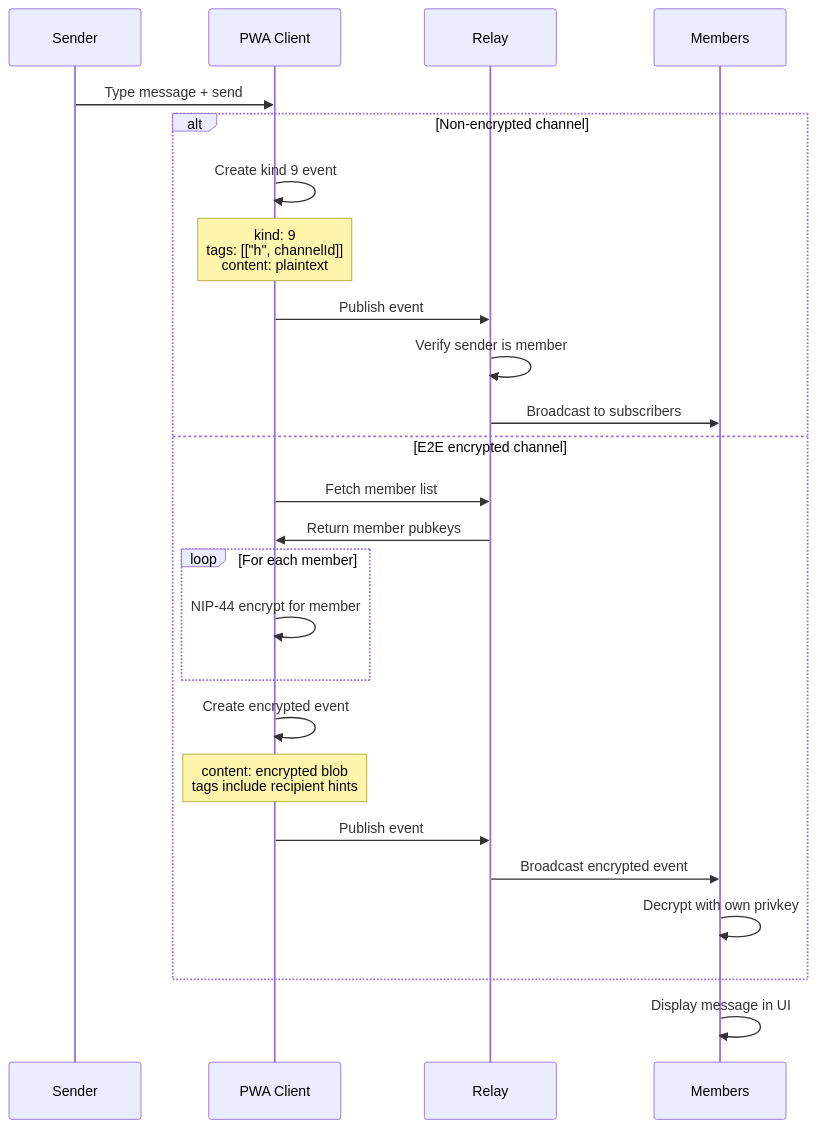
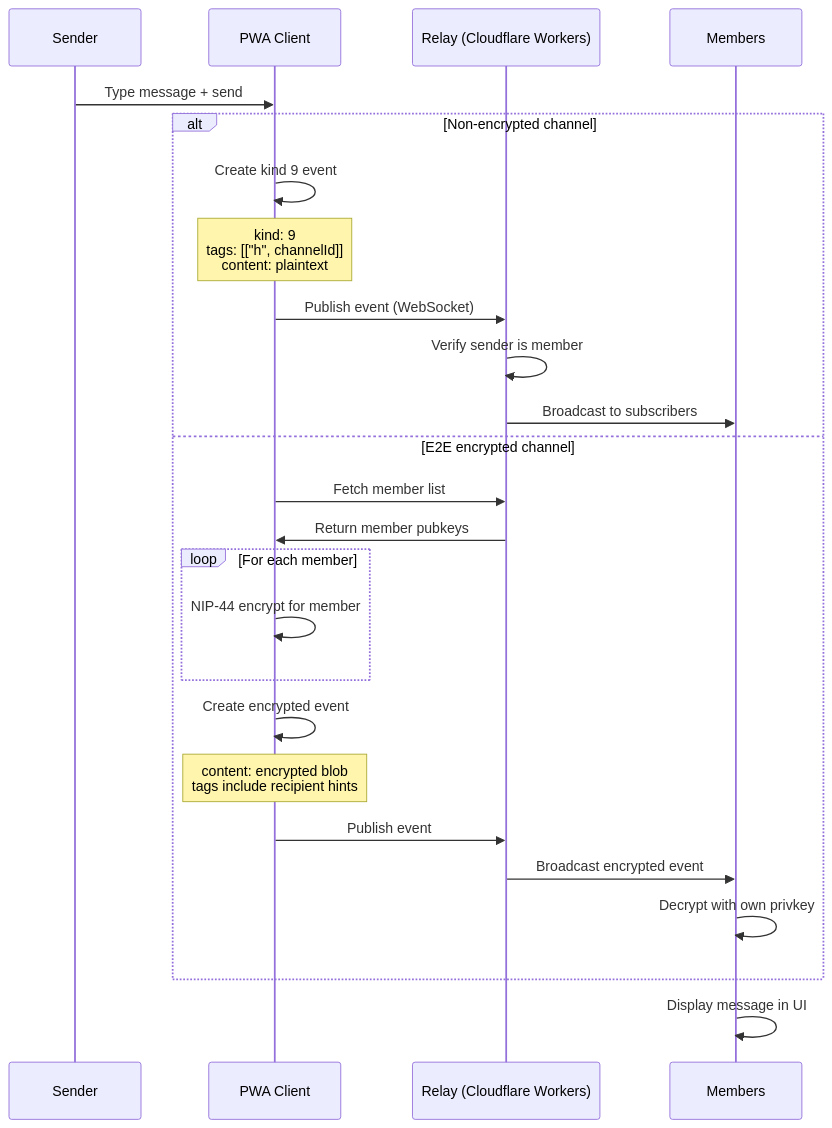
One commit to jjohare/minimoonoir changed the fourth of 8 diagrams in docs/sparc/03-pseudocode.md. Above: the diagram before and after it, drawn with Mermaid. The commit also changed other lines of this file and 27 other files, not shown here.

First line of the commit message:
chore: deprecate Docker architecture, update docs for serverless

````diff
--- a/docs/sparc/03-pseudocode.md
+++ b/docs/sparc/03-pseudocode.md
@@ -346,30 +346,30 @@
 ```mermaid
 sequenceDiagram
     participant S as Sender
     participant PWA as PWA Client
-    participant R as Relay
+    participant R as Relay (Cloudflare Workers)
     participant M as Members
 
     S->>PWA: Type message + send
 
     alt Non-encrypted channel
         PWA->>PWA: Create kind 9 event
         Note over PWA: kind: 9<br/>tags: [["h", channelId]]<br/>content: plaintext
-        PWA->>R: Publish event
+        PWA->>R: Publish event (WebSocket)
         R->>R: Verify sender is member
         R->>M: Broadcast to subscribers
     else E2E encrypted channel
         PWA->>R: Fetch member list
         R->>PWA: Return member pubkeys
         loop For each member
             PWA->>PWA: NIP-44 encrypt for member
         end
         PWA->>PWA: Create encrypted event
         Note over PWA: content: encrypted blob<br/>tags include recipient hints
         PWA->>R: Publish event
         R->>M: Broadcast encrypted event
         M->>M: Decrypt with own privkey
     end
 
     M->>M: Display message in UI
 ```
````
